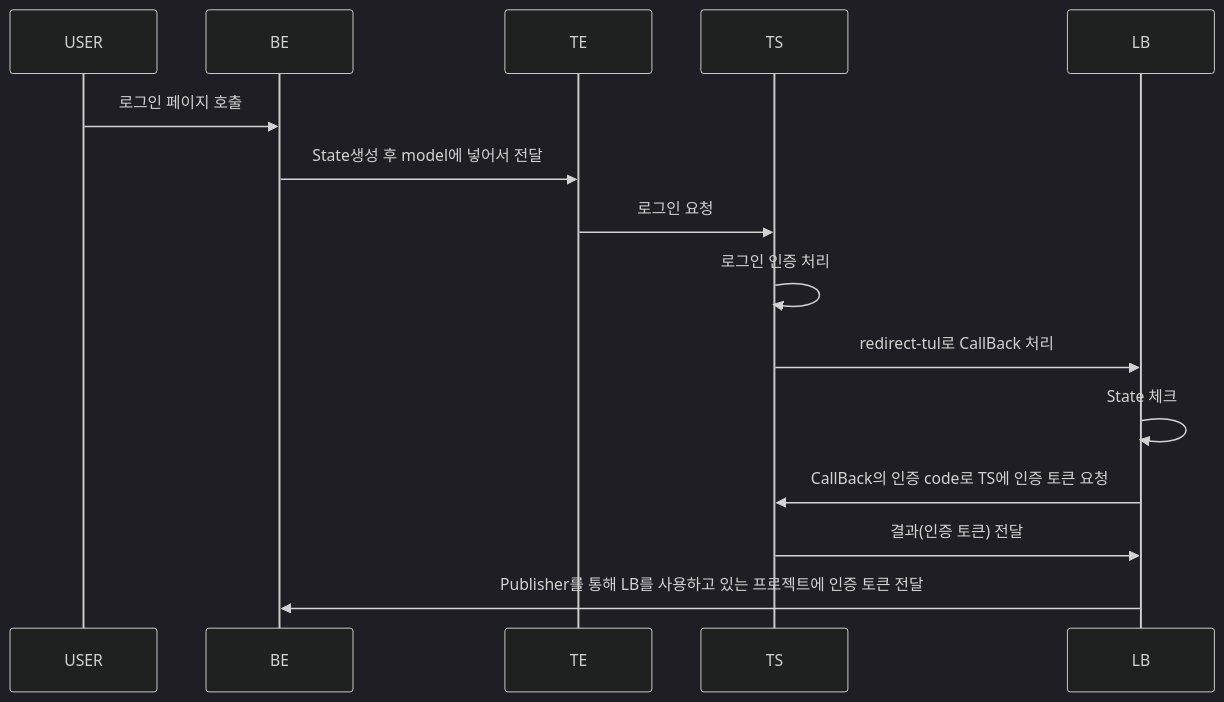
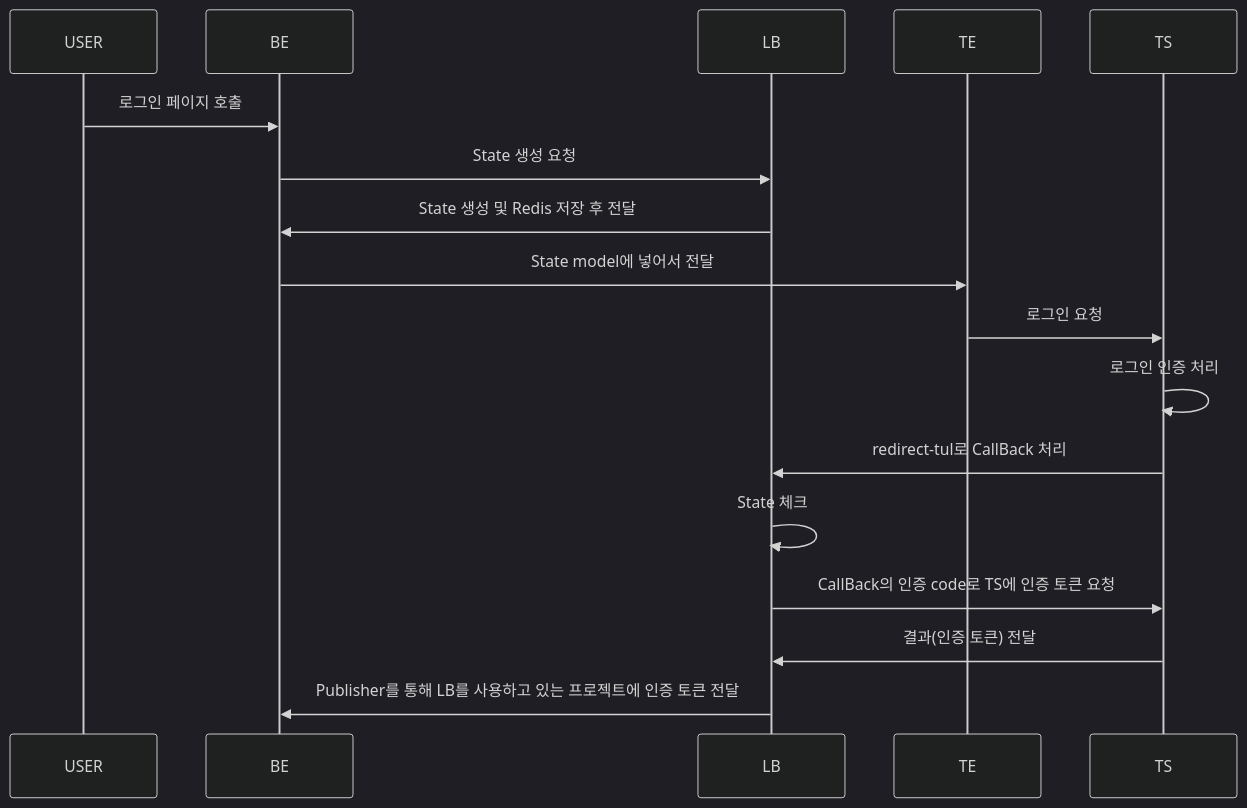
Before and after one commit to SpadeJJJ/oauth_rebuild: the diagram in README.md, drawn with Mermaid (dark theme). The commit also changed other lines of this file, not shown here.

````diff
--- a/README.md
+++ b/README.md
@@ -33,12 +22,14 @@
 ```mermaid
 sequenceDiagram
 USER ->> BE : 로그인 페이지 호출
-BE ->> TE : State생성 후 model에 넣어서 전달
+BE ->> LB : State 생성 요청
+LB ->> BE : State 생성 및 Redis 저장 후 전달
+BE ->> TE : State model에 넣어서 전달
 TE ->> TS : 로그인 요청
 TS ->> TS : 로그인 인증 처리
 TS ->> LB : redirect-tul로 CallBack 처리
 LB ->> LB : State 체크
 LB ->> TS : CallBack의 인증 code로 TS에 인증 토큰 요청
 TS ->> LB : 결과(인증 토큰) 전달
 LB ->> BE : Publisher를 통해 LB를 사용하고 있는 프로젝트에 인증 토큰 전달
 ```
````
